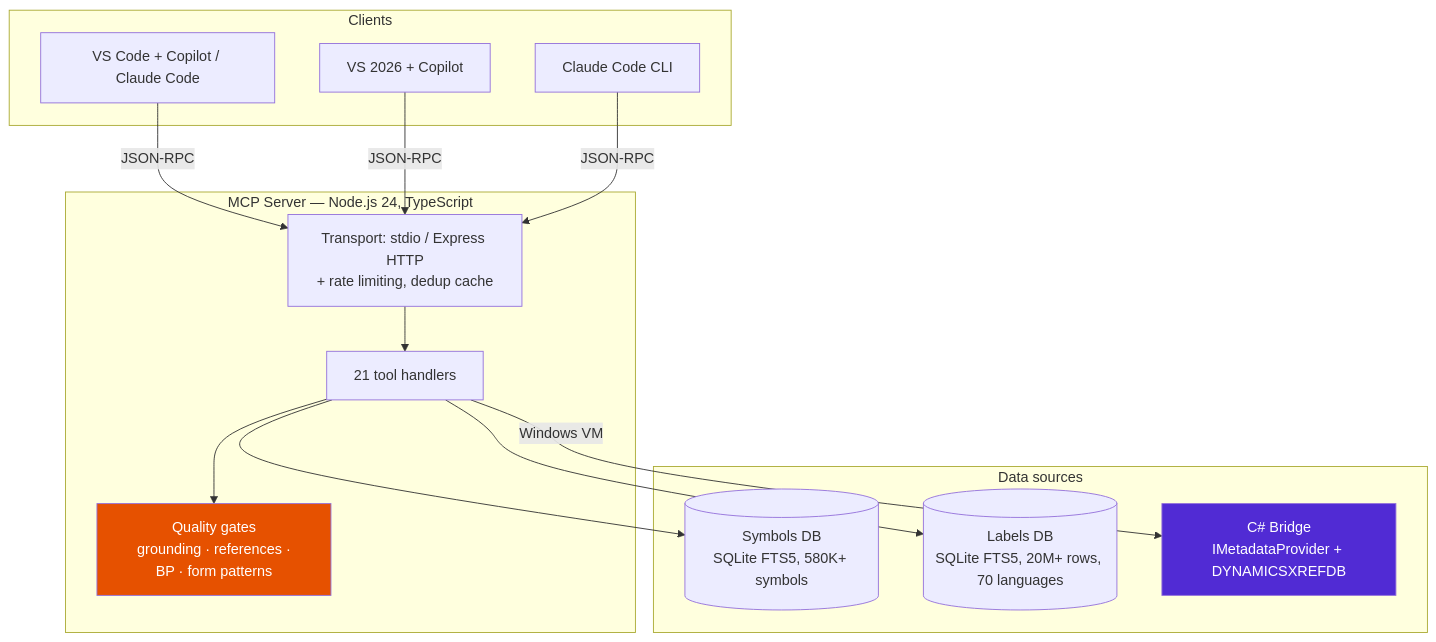
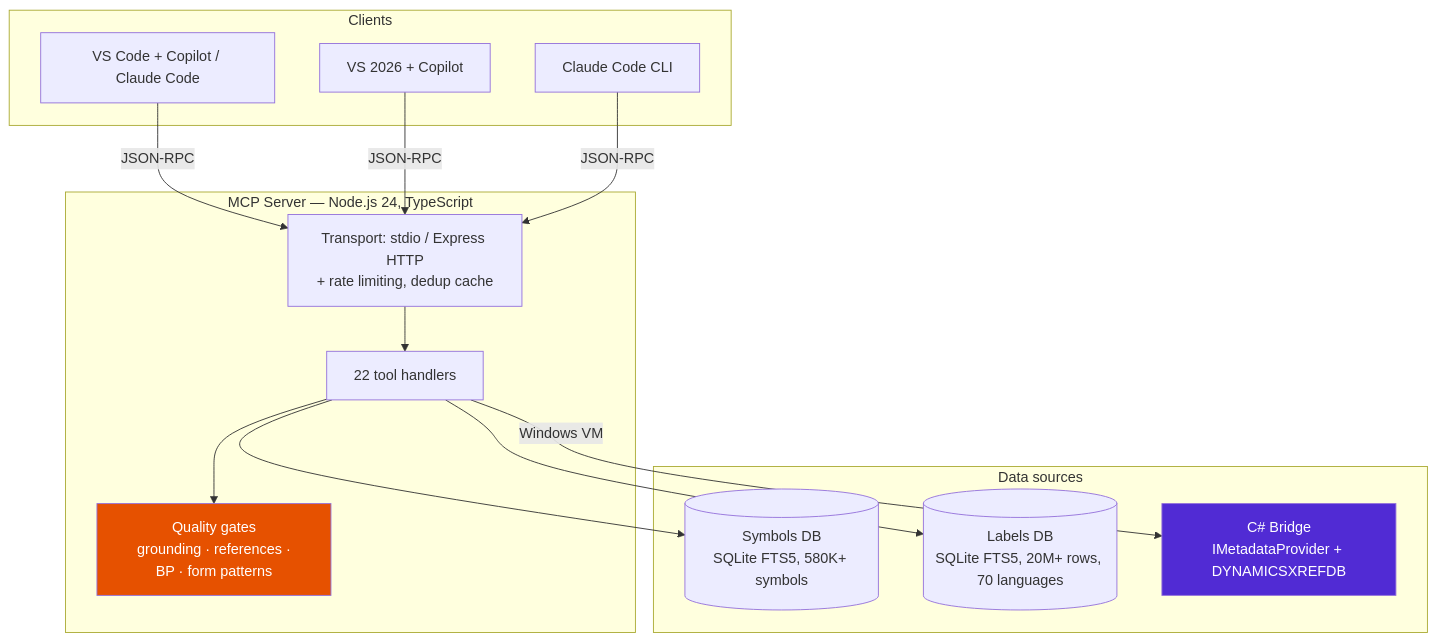
One commit to DavideWasTaken/d365fo-mcp-server changed the first of 6 diagrams in docs/ARCHITECTURE.md. Above: the diagram before and after it, drawn with Mermaid. The commit also changed other lines of this file and 52 other files, not shown here.

````diff
--- a/docs/ARCHITECTURE.md
+++ b/docs/ARCHITECTURE.md
@@ -9,28 +9,28 @@
 ```mermaid
 graph TB
     subgraph Clients
         VSC[VS Code + Copilot / Claude Code]
         VS[VS 2026 + Copilot]
         CC[Claude Code CLI]
     end
 
     subgraph "MCP Server — Node.js 24, TypeScript"
         TRANSPORT[Transport: stdio / Express HTTP\n+ rate limiting, dedup cache]
-        TOOLS[21 tool handlers]
+        TOOLS[22 tool handlers]
         GATES[Quality gates\n grounding · references · BP · form patterns]
     end
 
     subgraph "Data sources"
         DB[(Symbols DB\nSQLite FTS5, 580K+ symbols)]
         LDB[(Labels DB\nSQLite FTS5, 20M+ rows, 70 languages)]
         BRIDGE[C# Bridge\nIMetadataProvider + DYNAMICSXREFDB]
     end
 
     VSC & VS & CC -->|JSON-RPC| TRANSPORT --> TOOLS
     TOOLS --> GATES
     TOOLS --> DB & LDB
     TOOLS -->|Windows VM| BRIDGE
 
     style BRIDGE fill:#512BD4,color:#fff
     style GATES fill:#E65100,color:#fff
 ```
````
